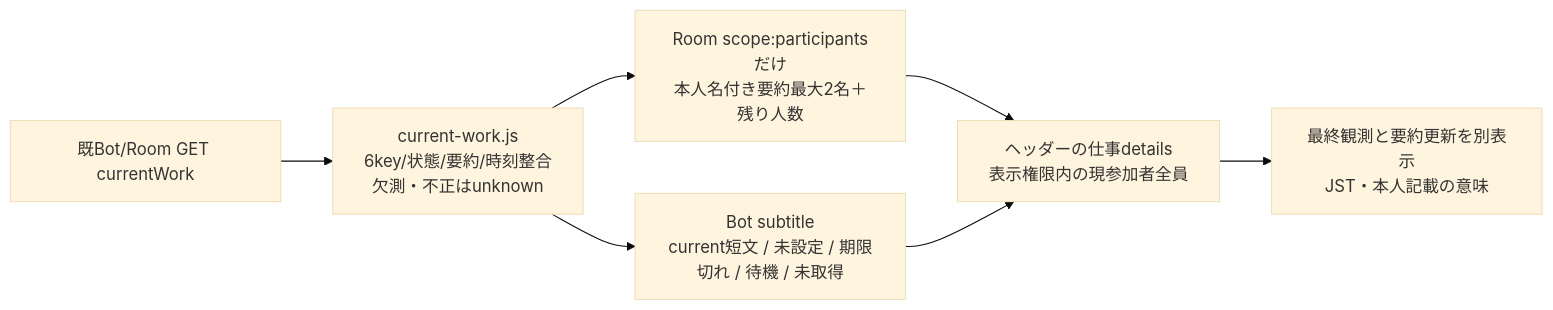
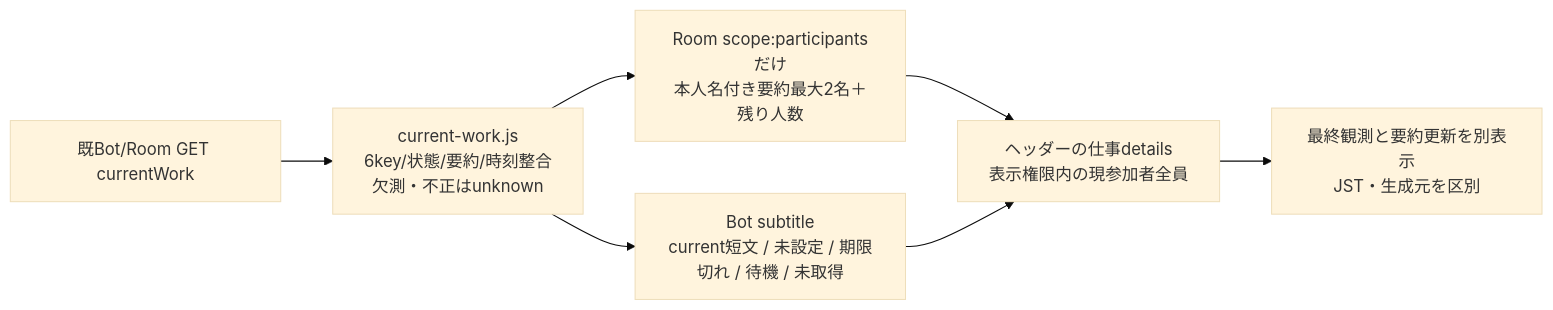
The second of 3 diagrams in docs/architecture/modules/web/apple-parity.md (kitepon/BellTeam), drawn with Mermaid (base theme) before and after one commit. The commit also changed other lines of this file and 2 other files, not shown here.

Commit message:
Show background-generated work summaries separately from legacy self reports

````diff
--- a/docs/architecture/modules/web/apple-parity.md
+++ b/docs/architecture/modules/web/apple-parity.md
@@ -89,9 +89,9 @@
 ```mermaid
 flowchart LR
   GET["既Bot/Room GET currentWork"] --> Boundary["current-work.js<br/>6key/状態/要約/時刻整合<br/>欠測・不正はunknown"]
   Boundary --> Bot["Bot subtitle<br/>current短文 / 未設定 / 期限切れ / 待機 / 未取得"]
   Boundary --> Room["Room scope:participantsだけ<br/>本人名付き要約最大2名＋残り人数"]
   Room --> Detail["ヘッダーの仕事details<br/>表示権限内の現参加者全員"]
   Bot --> Detail
-  Detail --> Times["最終観測と要約更新を別表示<br/>JST・本人記載の意味"]
+  Detail --> Times["最終観測と要約更新を別表示<br/>JST・生成元を区別"]
 ```
````
